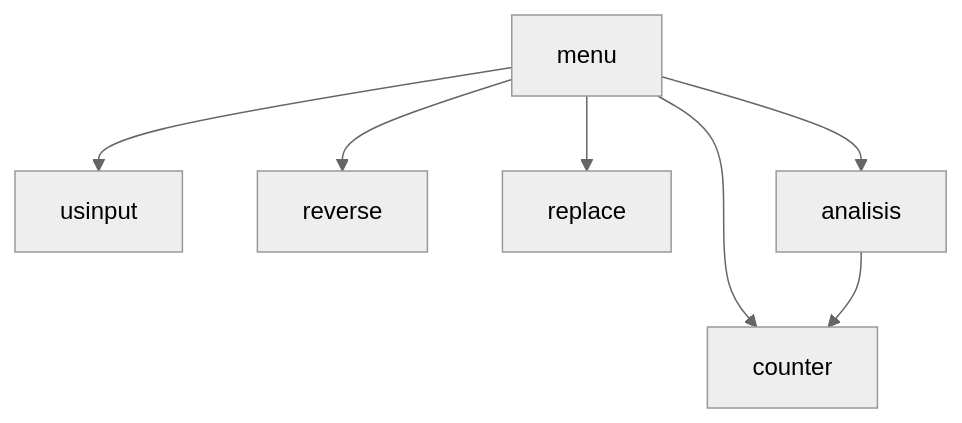
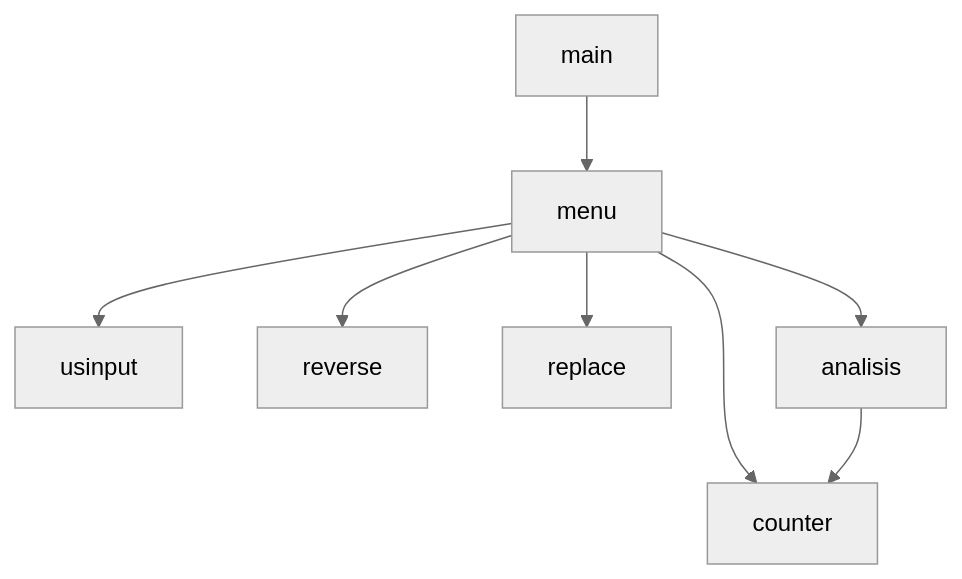
Before and after one commit to Jacobloseycoder/python-chapter-8-team-p2-: the diagram in README.md, drawn with Mermaid (neutral theme). The commit also changed other lines of this file, not shown here.

````diff
--- a/README.md
+++ b/README.md
@@ -8,8 +8,9 @@
 ```mermaid
 graph TD;
+  main-->menu
   menu-->usinput
   menu-->reverse
   menu-->counter
   menu-->replace
   menu-->analisis-->counter
 ```
````
